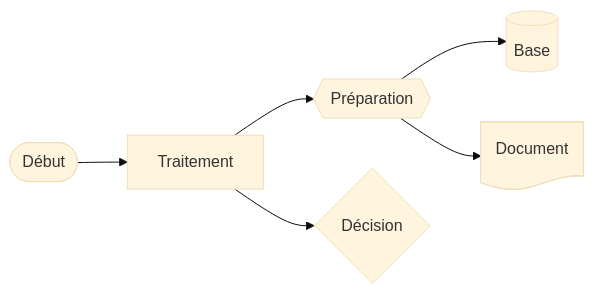
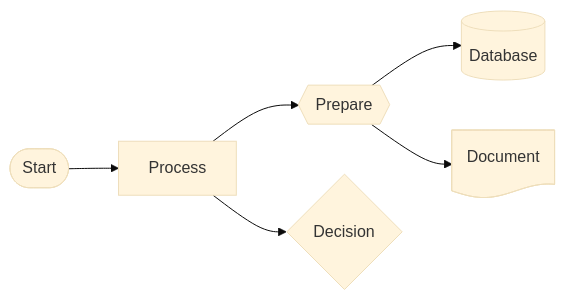
Before and after one commit to InnovateIt-ak/docusaurus: the third of 25 diagrams in docs/mermaid-diagrams.mdx, drawn with Mermaid (base theme). The commit also changed other lines of this file, not shown here.

First line of the commit message:
Translate the Mermaid reference page to English

````diff
--- a/docs/mermaid-diagrams.mdx
+++ b/docs/mermaid-diagrams.mdx
@@ -110,13 +108,13 @@
 ```mermaid
 flowchart LR
-    A@{ shape: stadium, label: "Début" }
-    B@{ shape: rect, label: "Traitement" }
-    C@{ shape: hex, label: "Préparation" }
-    D@{ shape: cyl, label: "Base" }
+    A@{ shape: stadium, label: "Start" }
+    B@{ shape: rect, label: "Process" }
+    C@{ shape: hex, label: "Prepare" }
+    D@{ shape: cyl, label: "Database" }
     E@{ shape: doc, label: "Document" }
-    F@{ shape: diamond, label: "Décision" }
+    F@{ shape: diamond, label: "Decision" }
 
     A --> B --> C --> D
     C --> E
     B --> F
 ```
````
